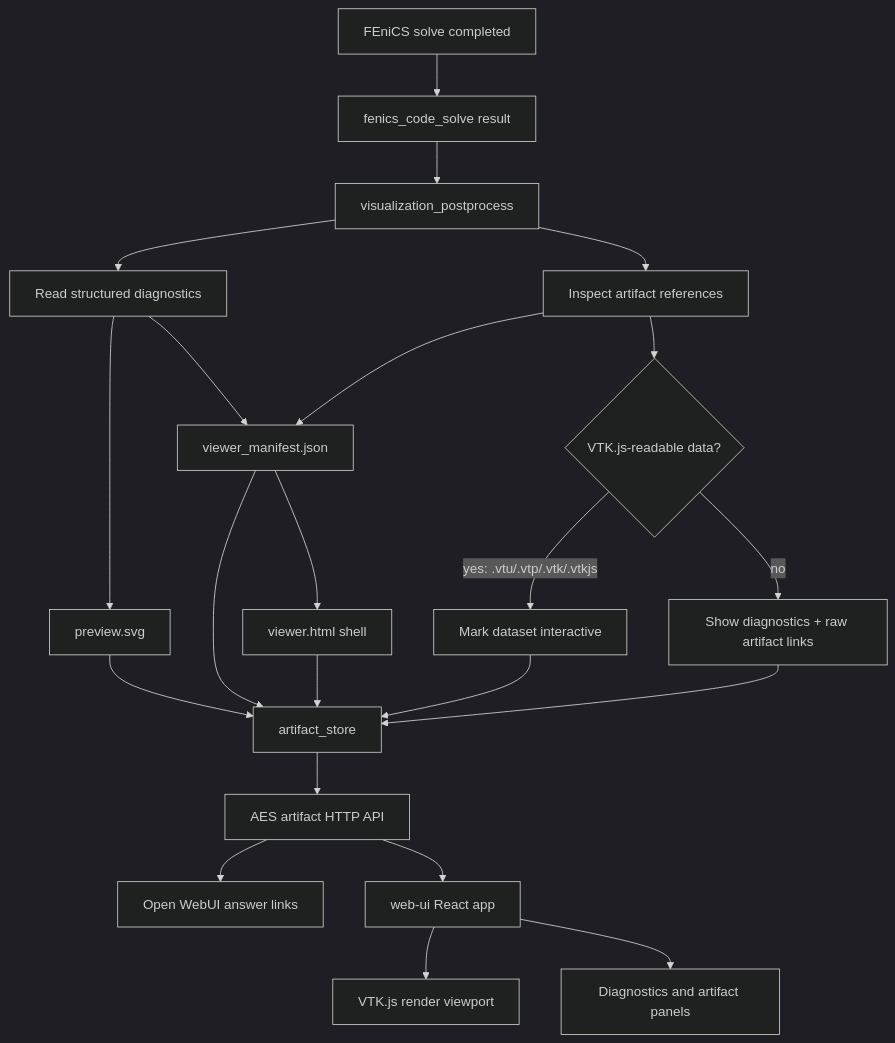
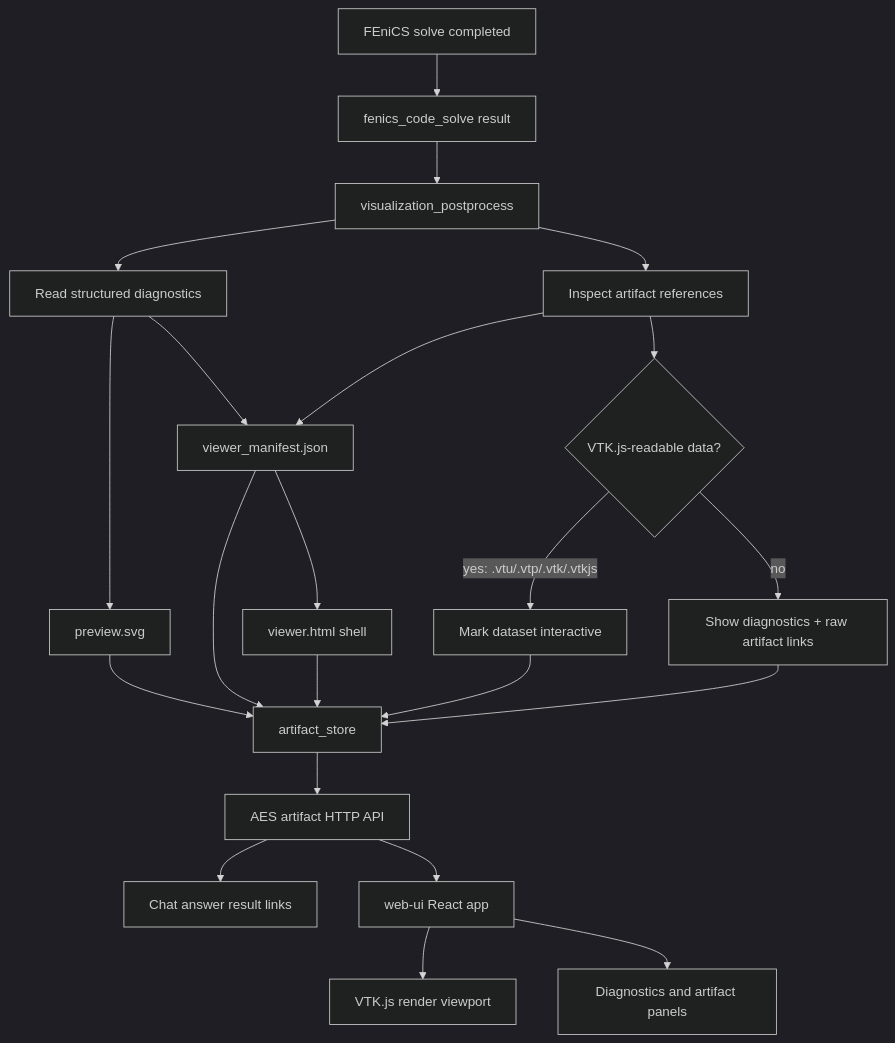
The third of 4 diagrams in docs/architecture.md (RadmirG/AES), drawn with Mermaid (dark theme) before and after one commit. The commit also changed other lines of this file and 19 other files, not shown here.

Commit message:
A switch from open-webui to web-ui frontend

````diff
--- a/docs/architecture.md
+++ b/docs/architecture.md
@@ -206,29 +207,29 @@
 ```mermaid
 flowchart TD
     A["FEniCS solve completed"] --> B["fenics_code_solve result"]
     B --> C["visualization_postprocess"]
 
     C --> D["Read structured diagnostics"]
     C --> E["Inspect artifact references"]
 
     D --> F["preview.svg"]
     D --> G["viewer_manifest.json"]
     E --> G
     G --> H["viewer.html shell"]
 
     E --> I{"VTK.js-readable data?"}
     I -->|yes: .vtu/.vtp/.vtk/.vtkjs| J["Mark dataset interactive"]
     I -->|no| K["Show diagnostics + raw artifact links"]
 
     F --> L["artifact_store"]
     G --> L
     H --> L
     J --> L
     K --> L
 
     L --> M["AES artifact HTTP API"]
-    M --> N["Open WebUI answer links"]
+    M --> N["Chat answer result links"]
     M --> O["web-ui React app"]
     O --> P["VTK.js render viewport"]
     O --> Q["Diagnostics and artifact panels"]
 ```
````
